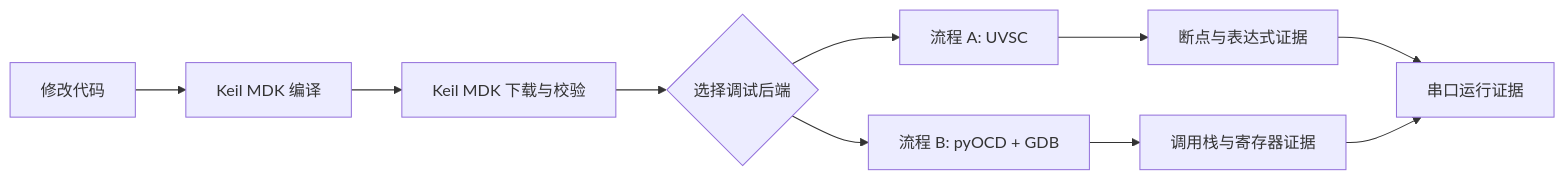
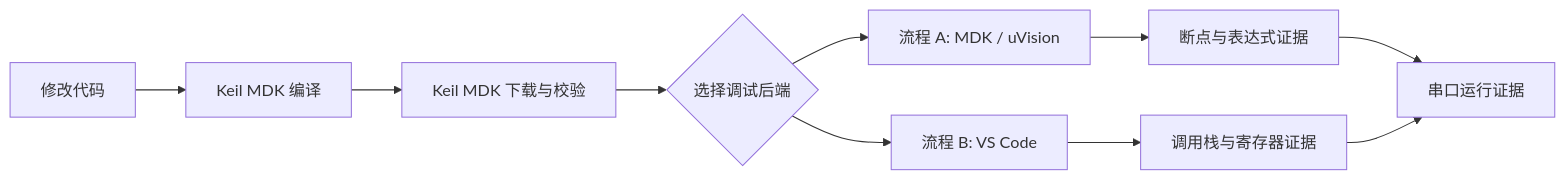
The diagram in README.md (houhouoch/Workflow-A-or-B-), drawn with Mermaid before and after one commit. The commit also changed other lines of this file and 7 other files, not shown here.

Commit message:
Clarify MDK and VS Code workflow naming

````diff
--- a/README.md
+++ b/README.md
@@ -14,12 +14,12 @@
 ```mermaid
 flowchart LR
     A[修改代码] --> B[Keil MDK 编译]
     B --> C[Keil MDK 下载与校验]
     C --> D{选择调试后端}
-    D --> E[流程 A: UVSC]
-    D --> F[流程 B: pyOCD + GDB]
+    D --> E[流程 A: MDK / uVision]
+    D --> F[流程 B: VS Code]
     E --> G[断点与表达式证据]
     F --> H[调用栈与寄存器证据]
     G --> I[串口运行证据]
     H --> I
 ```
````
